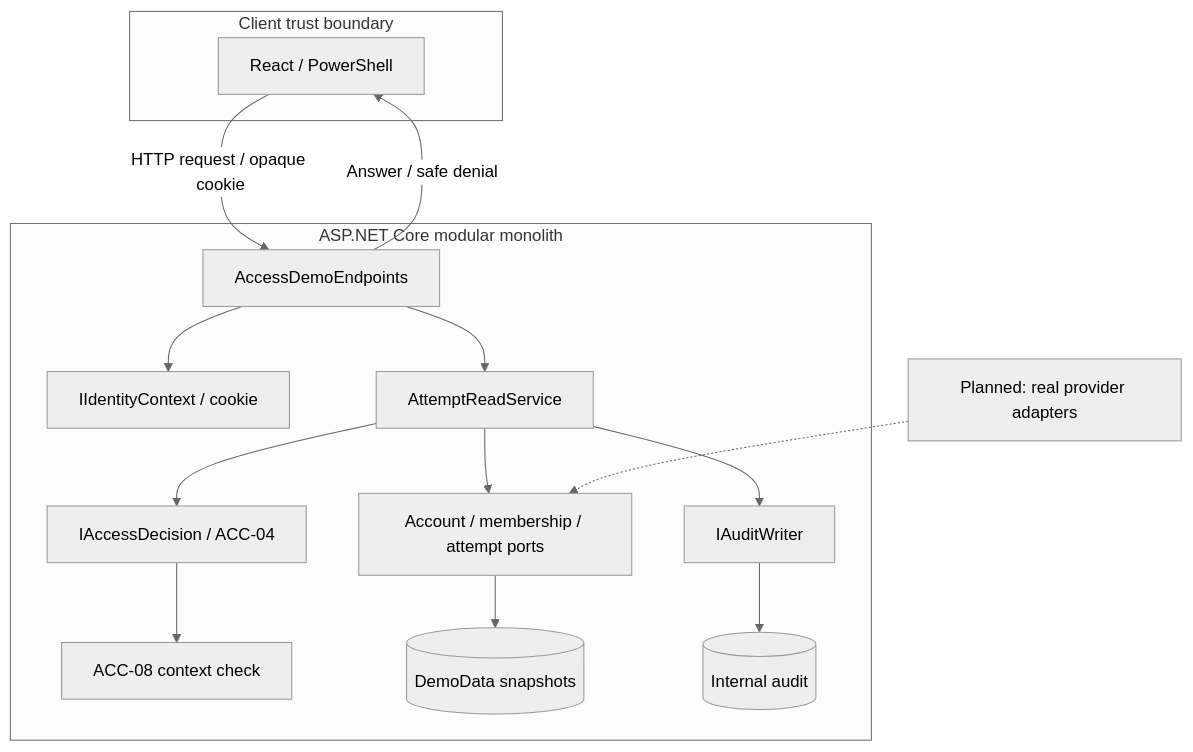
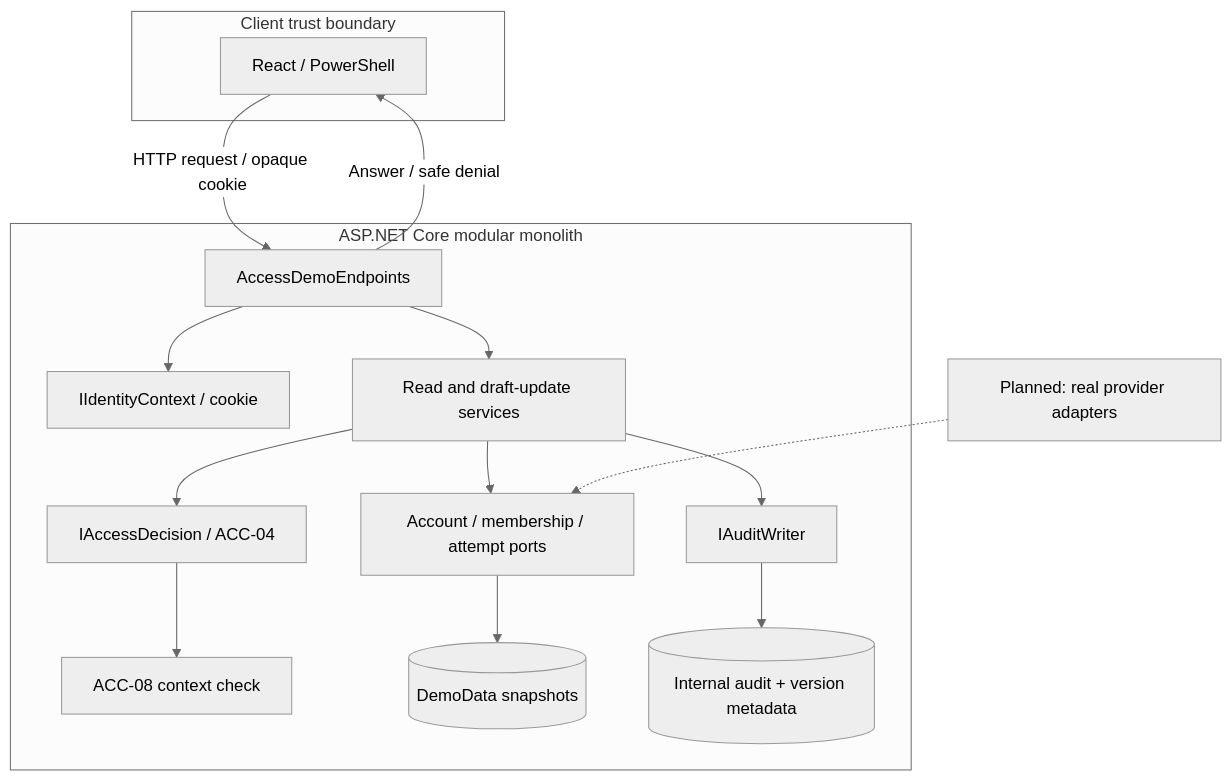
Before and after one commit to owlCoder/scutum: the first of 2 diagrams in docs/components/access/ACC-04.md, drawn with Mermaid (neutral theme). The commit also changed other lines of this file and 39 other files, not shown here.

````diff
--- a/docs/components/access/ACC-04.md
+++ b/docs/components/access/ACC-04.md
@@ -20,29 +20,29 @@
 ```mermaid
 flowchart TB
   subgraph Client["Client trust boundary"]
     UI["React / PowerShell"]
   end
   subgraph Server["ASP.NET Core modular monolith"]
     HTTP["AccessDemoEndpoints"]
     ID["IIdentityContext / cookie"]
-    APP["AttemptReadService"]
+    APP["Read and draft-update services"]
     POL["IAccessDecision / ACC-04"]
     CONTEXT["ACC-08 context check"]
     PROVIDERS["Account / membership / attempt ports"]
     SEED[("DemoData snapshots")]
     AUD["IAuditWriter"]
-    STORE[("Internal audit")]
+    STORE[("Internal audit + version metadata")]
     HTTP --> ID
     HTTP --> APP
     APP --> POL
     POL --> CONTEXT
     APP --> PROVIDERS
     PROVIDERS --> SEED
     APP --> AUD
     AUD --> STORE
   end
   UI -->|"HTTP request / opaque cookie"| HTTP
   HTTP -->|"Answer / safe denial"| UI
   REAL["Planned: real provider adapters"]
   REAL -.-> PROVIDERS
 ```
````
